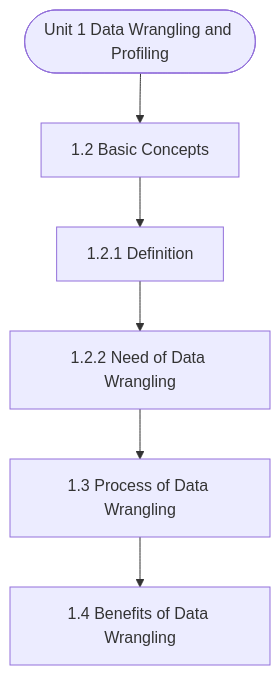
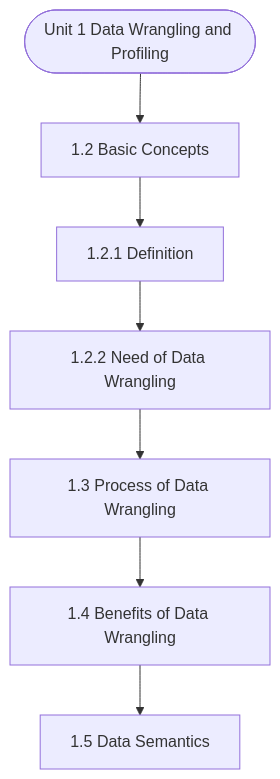
Before and after one commit to Asutosh-Coaching/mscdsa: the diagram in notes/Semester_2/MCS-067_Data_Wrangling_and_Visualization/unit_01_Data_Wrangling_and_Profiling.md, drawn with Mermaid. The commit also changed other lines of this file and 116 other files, not shown here.

````diff
--- a/notes/Semester_2/MCS-067_Data_Wrangling_and_Visualization/unit_01_Data_Wrangling_and_Profiling.md
+++ b/notes/Semester_2/MCS-067_Data_Wrangling_and_Visualization/unit_01_Data_Wrangling_and_Profiling.md
@@ -19,14 +19,16 @@
 ```mermaid
 flowchart TD
   Start(["Unit 1 Data Wrangling and Profiling"])
   N1["1.2 Basic Concepts"]
   N2["1.2.1 Definition"]
   N3["1.2.2 Need of Data Wrangling"]
   N4["1.3 Process of Data Wrangling"]
   N5["1.4 Benefits of Data Wrangling"]
+  N6["1.5 Data Semantics"]
   Start --> N1
   N1 --> N2
   N2 --> N3
   N3 --> N4
   N4 --> N5
+  N5 --> N6
 ```
````
